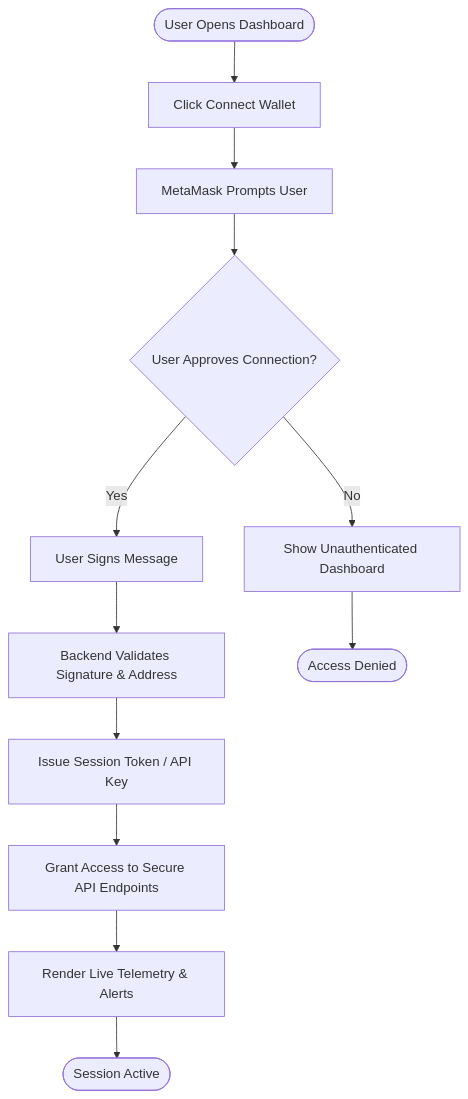
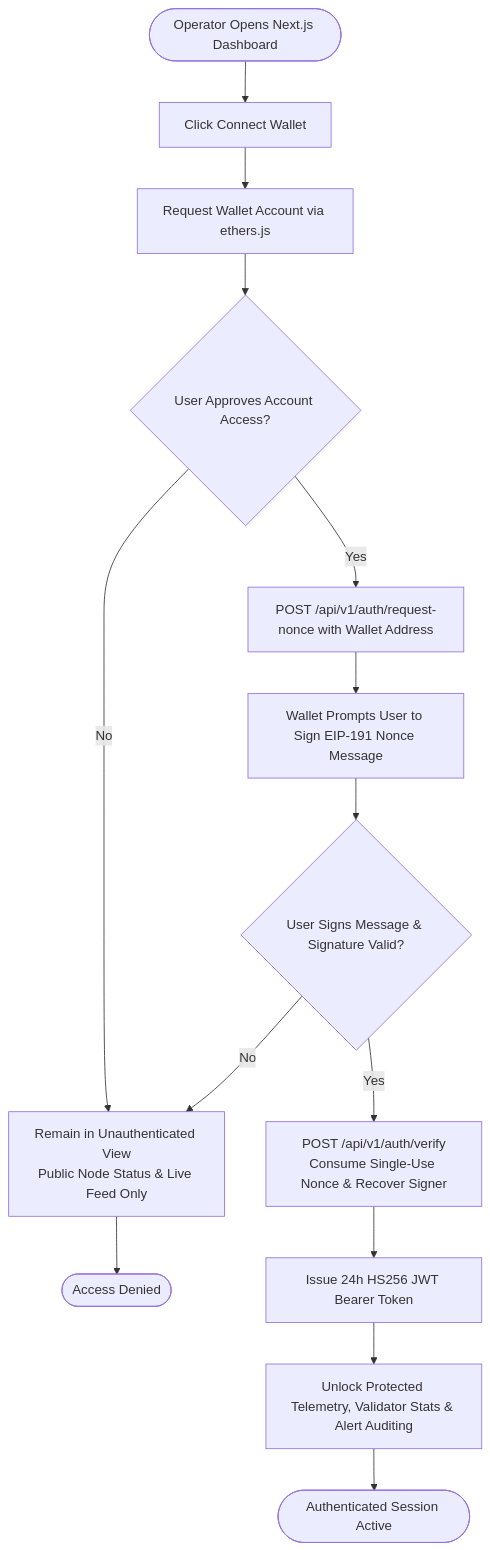
Diagram 14 of 23 in ValiGuard_Docs/ValiGuard_AI_Phase_1_Documentation.md (sheikhrehanseo/ValiGuard-Project-Main), drawn with Mermaid before and after one commit. The commit also changed other lines of this file and 16 other files, not shown here.

````diff
--- a/ValiGuard_Docs/ValiGuard_AI_Phase_1_Documentation.md
+++ b/ValiGuard_Docs/ValiGuard_AI_Phase_1_Documentation.md
@@ -1002,41 +1047,46 @@
 ```mermaid
 flowchart TD
 
-Start([User Opens Dashboard])
+Start([Operator Opens Next.js Dashboard])
 
 A[Click Connect Wallet]
 
-B[MetaMask Prompts User]
+B[Request Wallet Account via ethers.js]
 
-C{User Approves Connection?}
+C{User Approves Account Access?}
 
-D[Show Unauthenticated Dashboard]
+D[Remain in Unauthenticated View<br/>Public Node Status & Live Feed Only]
 
-E[User Signs Message]
+E[POST /api/v1/auth/request-nonce with Wallet Address]
 
-F[Backend Validates Signature & Address]
+F[Wallet Prompts User to Sign EIP-191 Nonce Message]
 
-G[Issue Session Token / API Key]
+G{User Signs Message & Signature Valid?}
 
-H[Grant Access to Secure API Endpoints]
+H[POST /api/v1/auth/verify<br/>Consume Single-Use Nonce & Recover Signer]
 
-I[Render Live Telemetry & Alerts]
+I[Issue 24h HS256 JWT Bearer Token]
 
-Session([Session Active])
+J[Unlock Protected Telemetry, Validator Stats & Alert Auditing]
 
+Session([Authenticated Session Active])
 Denied([Access Denied])
 
 Start --> A
 A --> B
 B --> C
 
 C -- No --> D
 D --> Denied
 
 C -- Yes --> E
 E --> F
 F --> G
-G --> H
+
+G -- No --> D
+
+G -- Yes --> H
 H --> I
-I --> Session
+I --> J
+J --> Session
 ```
````
